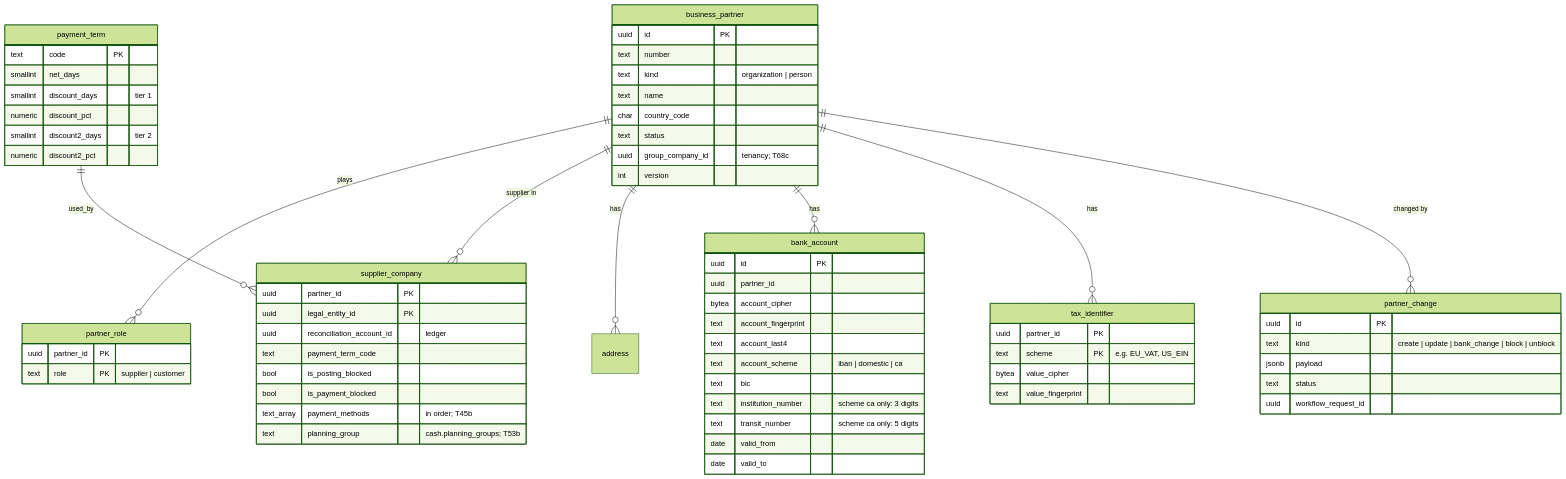
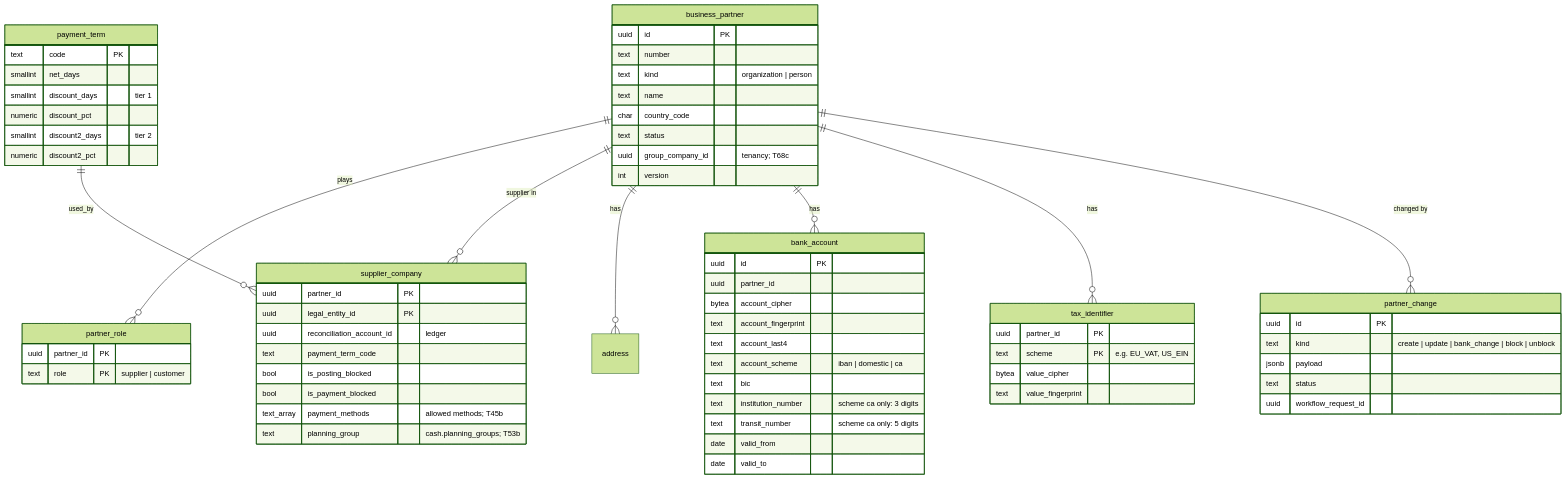
The fourth of 13 diagrams in docs/design/03-data-model.md (mustie7iy/agentic-erp), drawn with Mermaid (forest theme) before and after one commit. The commit also changed other lines of this file and 29 other files, not shown here.

````diff
--- a/docs/design/03-data-model.md
+++ b/docs/design/03-data-model.md
@@ -573,54 +573,54 @@
 ```mermaid
 erDiagram
   business_partner ||--o{ partner_role : plays
   business_partner ||--o{ supplier_company : "supplier in"
   business_partner ||--o{ address : has
   business_partner ||--o{ bank_account : has
   business_partner ||--o{ tax_identifier : has
   business_partner ||--o{ partner_change : "changed by"
   payment_term ||--o{ supplier_company : used_by
   business_partner { uuid id PK
     text number
     text kind "organization | person"
     text name
     char country_code
     text status
     uuid group_company_id "tenancy; T68c"
     int version }
   partner_role { uuid partner_id PK
     text role PK "supplier | customer" }
   supplier_company { uuid partner_id PK
     uuid legal_entity_id PK
     uuid reconciliation_account_id "ledger"
     text payment_term_code
     bool is_posting_blocked
     bool is_payment_blocked
-    text_array payment_methods "in order; T45b"
+    text_array payment_methods "allowed methods; T45b"
     text planning_group "cash.planning_groups; T53b" }
   bank_account { uuid id PK
     uuid partner_id
     bytea account_cipher
     text account_fingerprint
     text account_last4
     text account_scheme "iban | domestic | ca"
     text bic
     text institution_number "scheme ca only: 3 digits"
     text transit_number "scheme ca only: 5 digits"
     date valid_from
     date valid_to }
   tax_identifier { uuid partner_id PK
     text scheme PK "e.g. EU_VAT, US_EIN"
     bytea value_cipher
     text value_fingerprint }
   partner_change { uuid id PK
     text kind "create | update | bank_change | block | unblock"
     jsonb payload
     text status
     uuid workflow_request_id }
   payment_term { text code PK
     smallint net_days
     smallint discount_days "tier 1"
     numeric discount_pct
     smallint discount2_days "tier 2"
     numeric discount2_pct }
 ```
````
